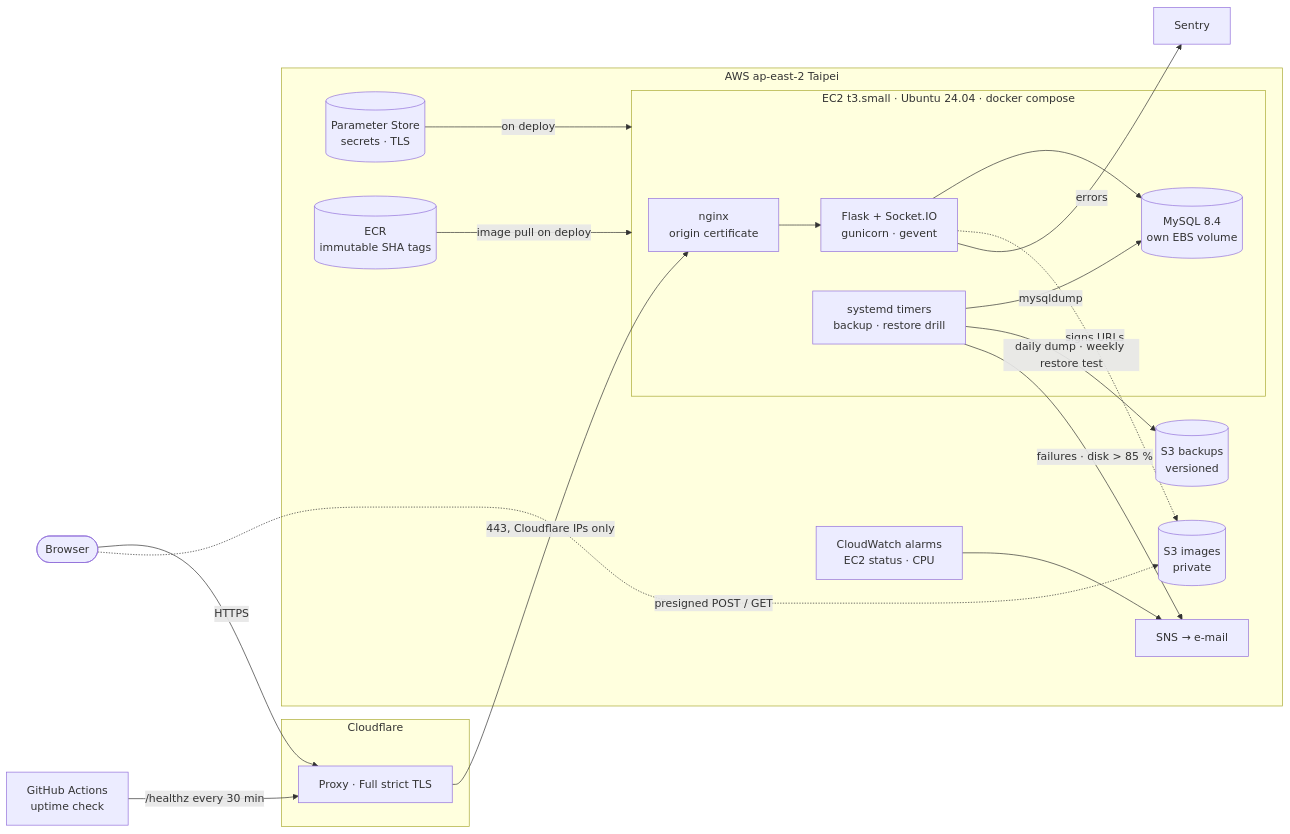
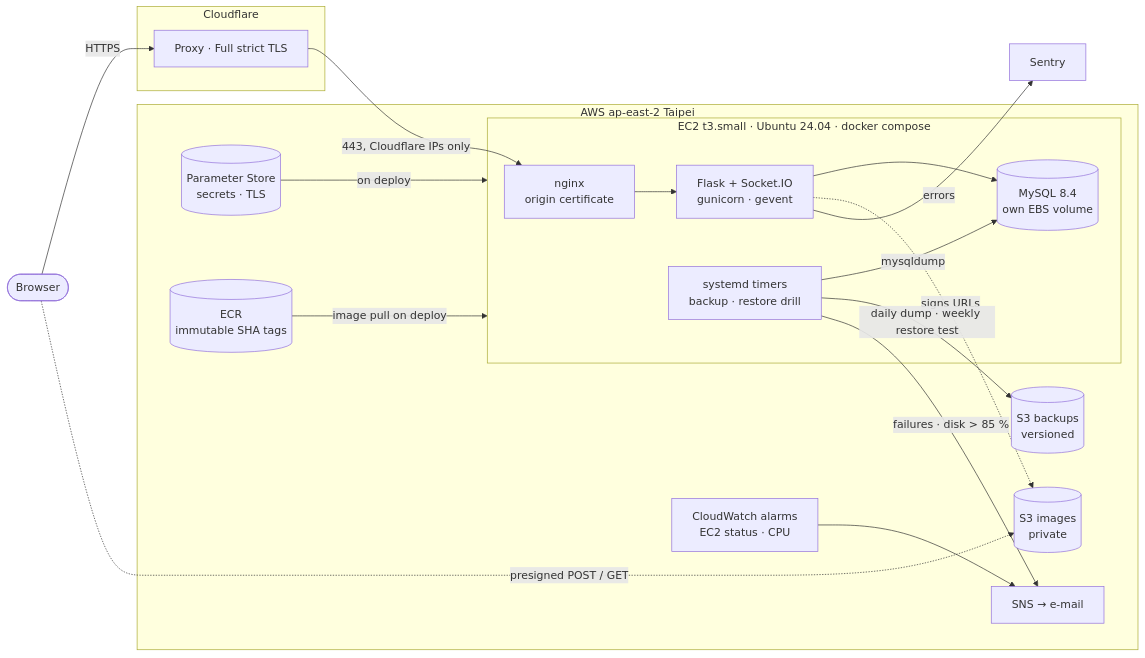
Before and after one commit to skywalker0823/motivetag: the first of 2 diagrams in README.md, drawn with Mermaid. The commit also changed other lines of this file and 5 other files, not shown here.

First line of the commit message:
Remove the scheduled GitHub Actions uptime check

````diff
--- a/README.md
+++ b/README.md
@@ -9,33 +9,32 @@
 ```mermaid
 flowchart LR
     user([Browser])
 
     subgraph edge[Cloudflare]
         cf[Proxy · Full strict TLS]
     end
 
     subgraph aws[AWS ap-east-2 Taipei]
         subgraph ec2[EC2 t3.small · Ubuntu 24.04 · docker compose]
             nginx[nginx<br/>origin certificate]
             app[Flask + Socket.IO<br/>gunicorn · gevent]
             mysql[(MySQL 8.4<br/>own EBS volume)]
             jobs[systemd timers<br/>backup · restore drill]
         end
         images[(S3 images<br/>private)]
         backups[(S3 backups<br/>versioned)]
         params[(Parameter Store<br/>secrets · TLS)]
         ecr[(ECR<br/>immutable SHA tags)]
         cw[CloudWatch alarms<br/>EC2 status · CPU] --> sns[SNS → e-mail]
     end
 
     user -->|HTTPS| cf -->|443, Cloudflare IPs only| nginx --> app --> mysql
     user -.->|presigned POST / GET| images
     app -.->|signs URLs| images
     jobs -->|mysqldump| mysql
     jobs -->|daily dump · weekly restore test| backups
     params -->|on deploy| ec2
     ecr -->|image pull on deploy| ec2
     jobs -->|failures · disk > 85 %| sns
-    uptime[GitHub Actions<br/>uptime check] -->|/healthz every 30 min| cf
     app -->|errors| sentry[Sentry]
 ```
````
